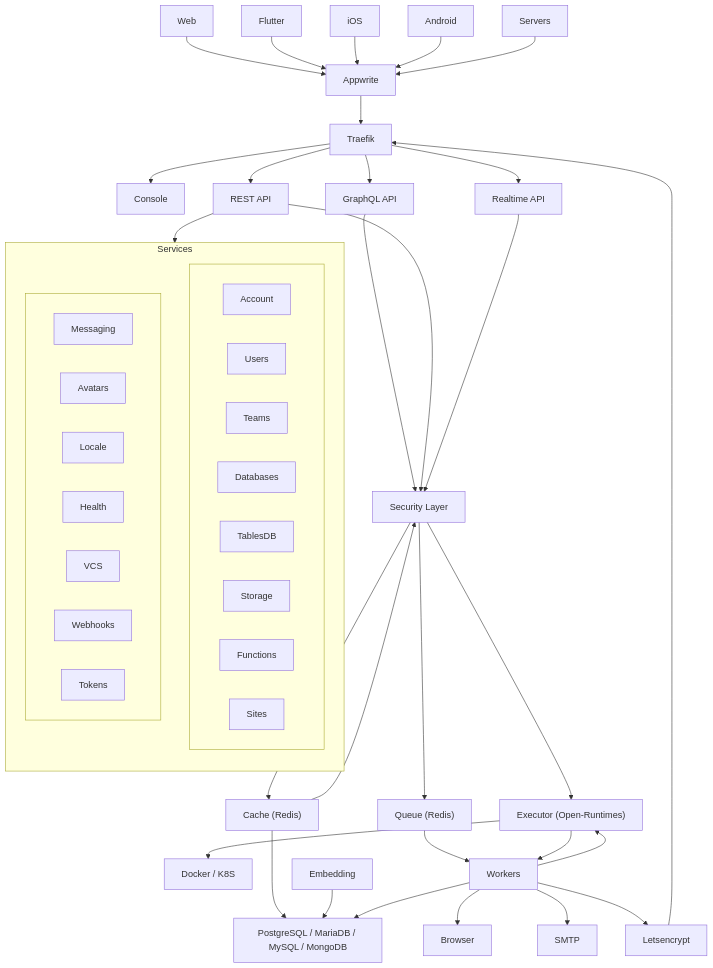
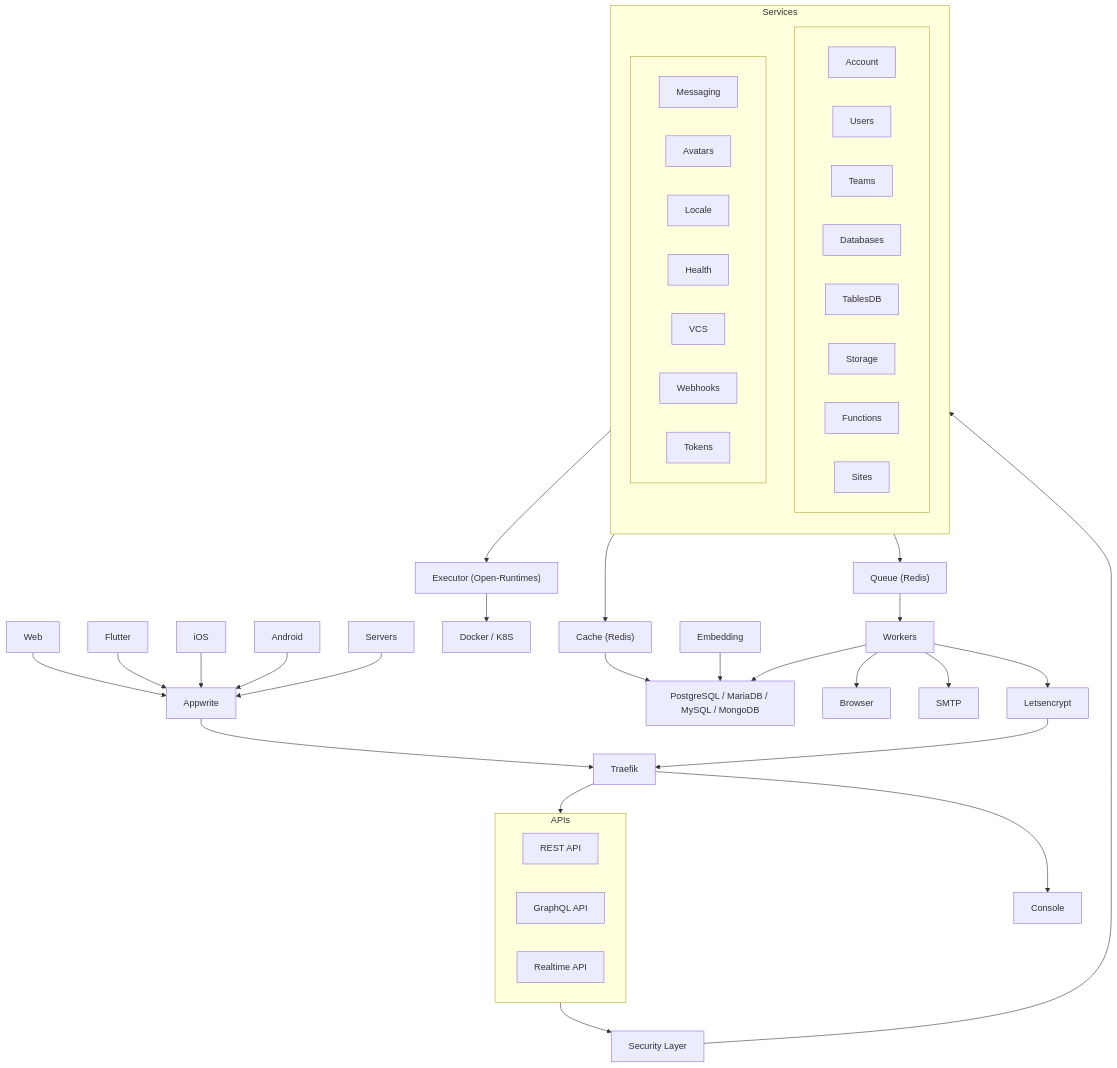
The diagram in README-CN.md (appwrite/appwrite), drawn with Mermaid before and after one commit. The commit also changed 1 other file, not shown here.

Commit message:
docs: restack architecture APIs, security, then services
Executor now comes from Functions. Cache, queue, and workers sit below
the services layer.

````diff
--- a/README-CN.md
+++ b/README-CN.md
@@ -215,63 +215,62 @@
 ```mermaid
 flowchart TB
   Web --> Appwrite
   Flutter --> Appwrite
   iOS --> Appwrite
   Android --> Appwrite
   Servers --> Appwrite
 
   Appwrite --> traefik[Traefik]
   traefik --> Console
-  traefik --> restApi[REST API]
-  traefik --> graphqlApi[GraphQL API]
-  traefik --> realtimeApi[Realtime API]
+
+  subgraph apis [APIs]
+    direction LR
+    restApi[REST API]
+    graphqlApi[GraphQL API]
+    realtimeApi[Realtime API]
+  end
+
+  traefik --> apis
+  apis --> securityLayer[Security Layer]
+  securityLayer --> services
 
   subgraph services [Services]
     direction TB
     subgraph servicesRow1[" "]
       direction LR
       Account
       Users
       Teams
       Databases
       TablesDB
       Storage
       Functions
       Sites
     end
     subgraph servicesRow2[" "]
       direction LR
       Messaging
       Avatars
       Locale
       Health
       VCS
       Webhooks
       Tokens
     end
   end
 
-  restApi --> services
+  Functions --> executor["Executor (Open-Runtimes)"]
+  executor --> dockerK8s["Docker / K8S"]
 
-  graphqlApi --> securityLayer[Security Layer]
-  restApi --> securityLayer
-  realtimeApi --> securityLayer
-
-  securityLayer --> executor["Executor (Open-Runtimes)"]
-  securityLayer --> cache["Cache (Redis)"]
-  securityLayer --> queue["Queue (Redis)"]
-  cache --> securityLayer
-
-  executor --> dockerK8s["Docker / K8S"]
+  services --> cache["Cache (Redis)"]
+  services --> queue["Queue (Redis)"]
   cache --> database["PostgreSQL / MariaDB / MySQL / MongoDB"]
   embedding[Embedding] --> database
 
   queue --> workers[Workers]
-  executor --> workers
-  workers --> executor
   workers --> database
   workers --> browser[Browser]
   workers --> SMTP
   workers --> Letsencrypt
   Letsencrypt --> traefik
 ```
````
